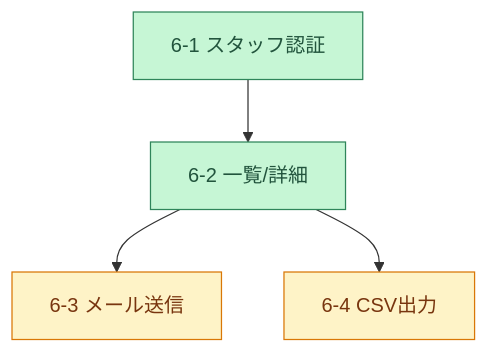
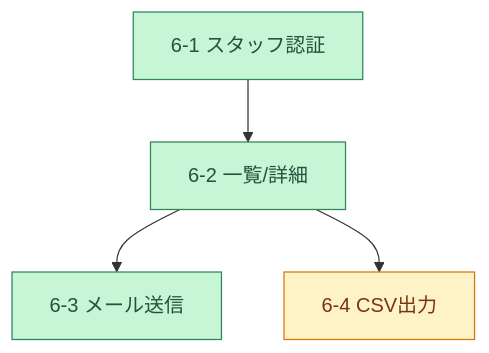
One commit to m-uesaka/regional-quiz-entry-form changed the eighth of 8 diagrams in tasks.md. Above: the diagram before and after it, drawn with Mermaid. The commit also changed other lines of this file and 10 other files, not shown here.

````diff
--- a/tasks.md
+++ b/tasks.md
@@ -164,9 +164,9 @@
 ```mermaid
 graph TD
   T61["6-1 スタッフ認証"]:::done --> T62["6-2 一覧/詳細"]:::done
-  T62 --> T63["6-3 メール送信"]:::next
+  T62 --> T63["6-3 メール送信"]:::done
   T62 --> T64["6-4 CSV出力"]:::next
 
   classDef done fill:#c6f6d5,stroke:#2f855a,color:#22543d;
   classDef next fill:#fef3c7,stroke:#d97706,color:#78350f;
 ```
````
